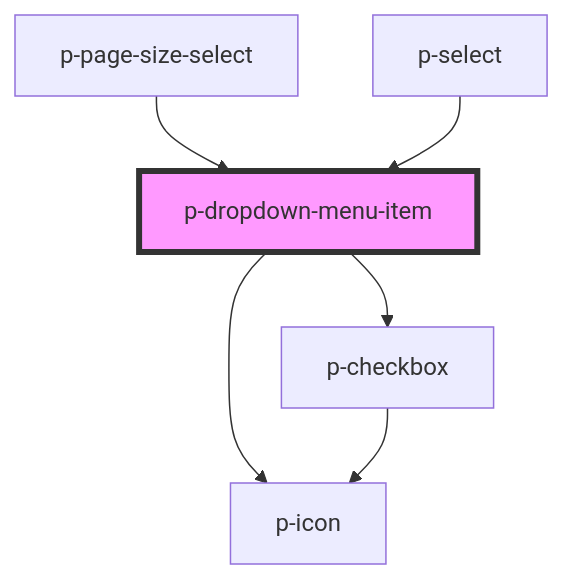
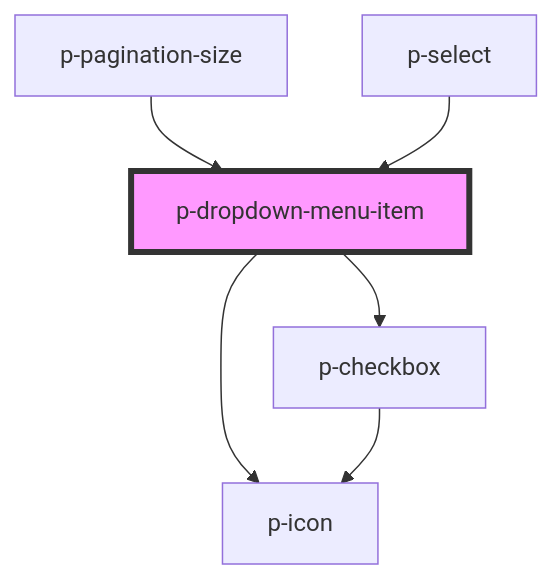
Before and after one commit to Employes/Paperless: the diagram in packages/core/src/components/atoms/dropdown-menu-item/readme.md, drawn with Mermaid. The commit also changed other lines of this file and 8 other files, not shown here.

Commit message:
feat(atoms/dropdown/container & item): Add dark teal variant

````diff
--- a/packages/core/src/components/atoms/dropdown-menu-item/readme.md
+++ b/packages/core/src/components/atoms/dropdown-menu-item/readme.md
@@ -32,9 +32,9 @@
 ```mermaid
 graph TD;
   p-dropdown-menu-item --> p-icon
   p-dropdown-menu-item --> p-checkbox
   p-checkbox --> p-icon
-  p-page-size-select --> p-dropdown-menu-item
+  p-pagination-size --> p-dropdown-menu-item
   p-select --> p-dropdown-menu-item
   style p-dropdown-menu-item fill:#f9f,stroke:#333,stroke-width:4px
 ```
````
